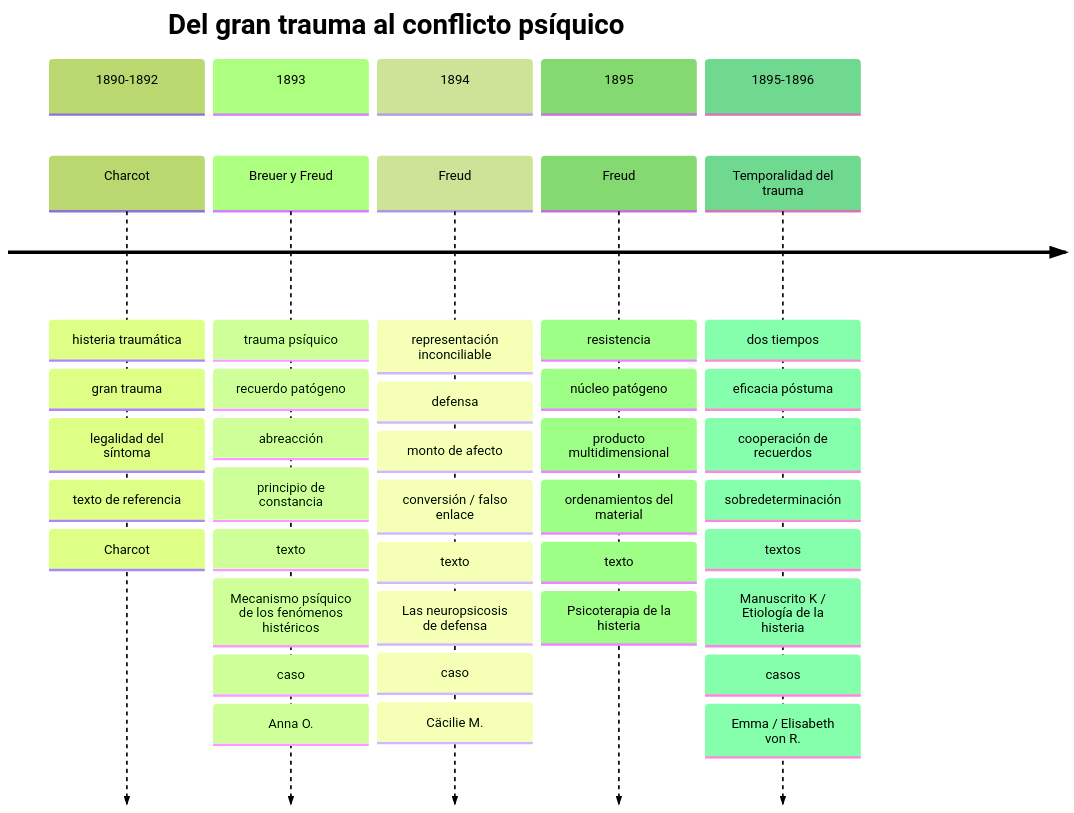
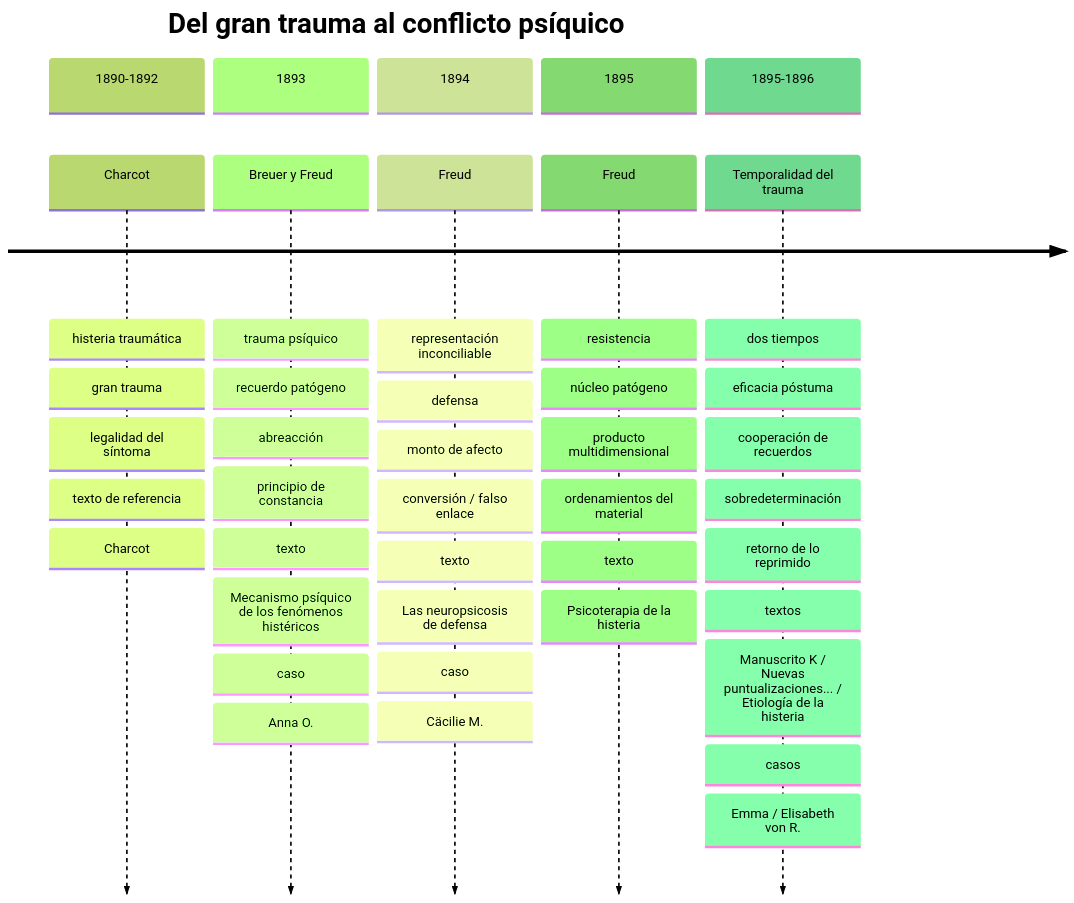
The second of 3 diagrams in libro/bookops/02-sintesis-integrada/00-linea-temporal-del-primer-freud.md (javifernandes/psicoanalisis-freud-laznik), drawn with Mermaid (forest theme) before and after one commit. The commit also changed other lines of this file, not shown here.

Commit message:
Add later defense texts to Freud timeline

````diff
--- a/libro/bookops/02-sintesis-integrada/00-linea-temporal-del-primer-freud.md
+++ b/libro/bookops/02-sintesis-integrada/00-linea-temporal-del-primer-freud.md
@@ -75,41 +76,42 @@
 ```mermaid
 timeline
     title Del gran trauma al conflicto psíquico
 
     section 1890-1892
       Charcot : histeria traumática
               : gran trauma
               : legalidad del síntoma
               : texto de referencia: Charcot
 
     section 1893
       Breuer y Freud : trauma psíquico
                      : recuerdo patógeno
                      : abreacción
                      : principio de constancia
                      : texto: Mecanismo psíquico de los fenómenos histéricos
                      : caso: Anna O.
 
     section 1894
       Freud : representación inconciliable
             : defensa
             : monto de afecto
             : conversión / falso enlace
             : texto: Las neuropsicosis de defensa
             : caso: Cäcilie M.
 
     section 1895
       Freud : resistencia
             : núcleo patógeno
             : producto multidimensional
             : ordenamientos del material
             : texto: Psicoterapia de la histeria
 
     section 1895-1896
       Temporalidad del trauma : dos tiempos
                               : eficacia póstuma
                               : cooperación de recuerdos
                               : sobredeterminación
-                              : textos: Manuscrito K / Etiología de la histeria
+                              : retorno de lo reprimido
+                              : textos: Manuscrito K / Nuevas puntualizaciones... / Etiología de la histeria
                               : casos: Emma / Elisabeth von R.
 ```
````
